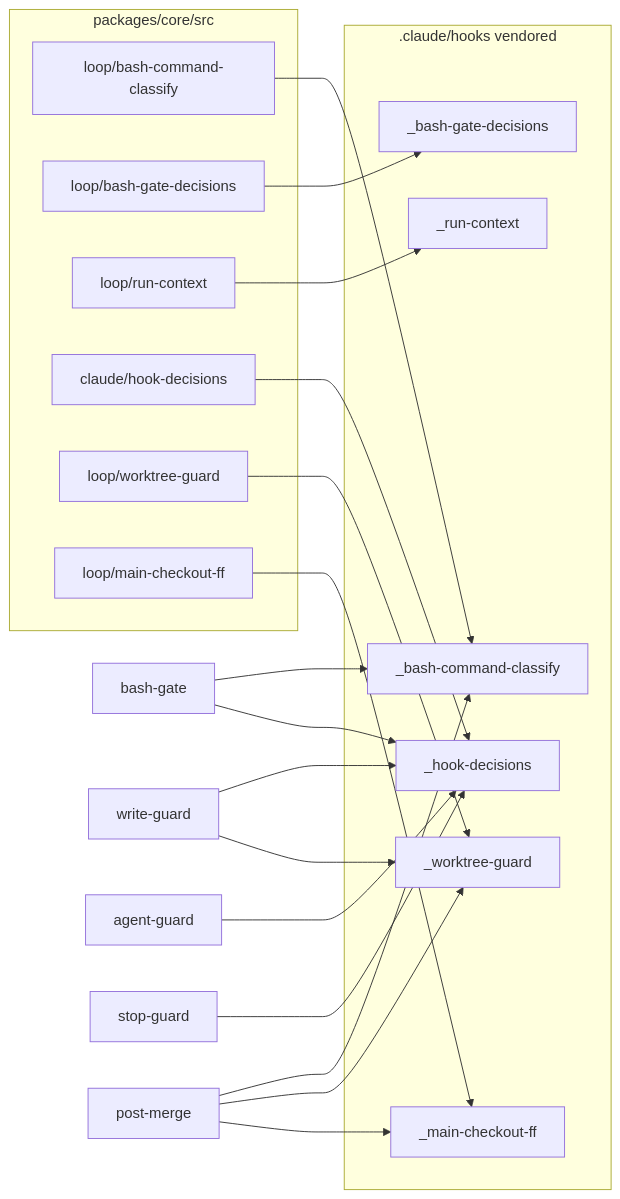
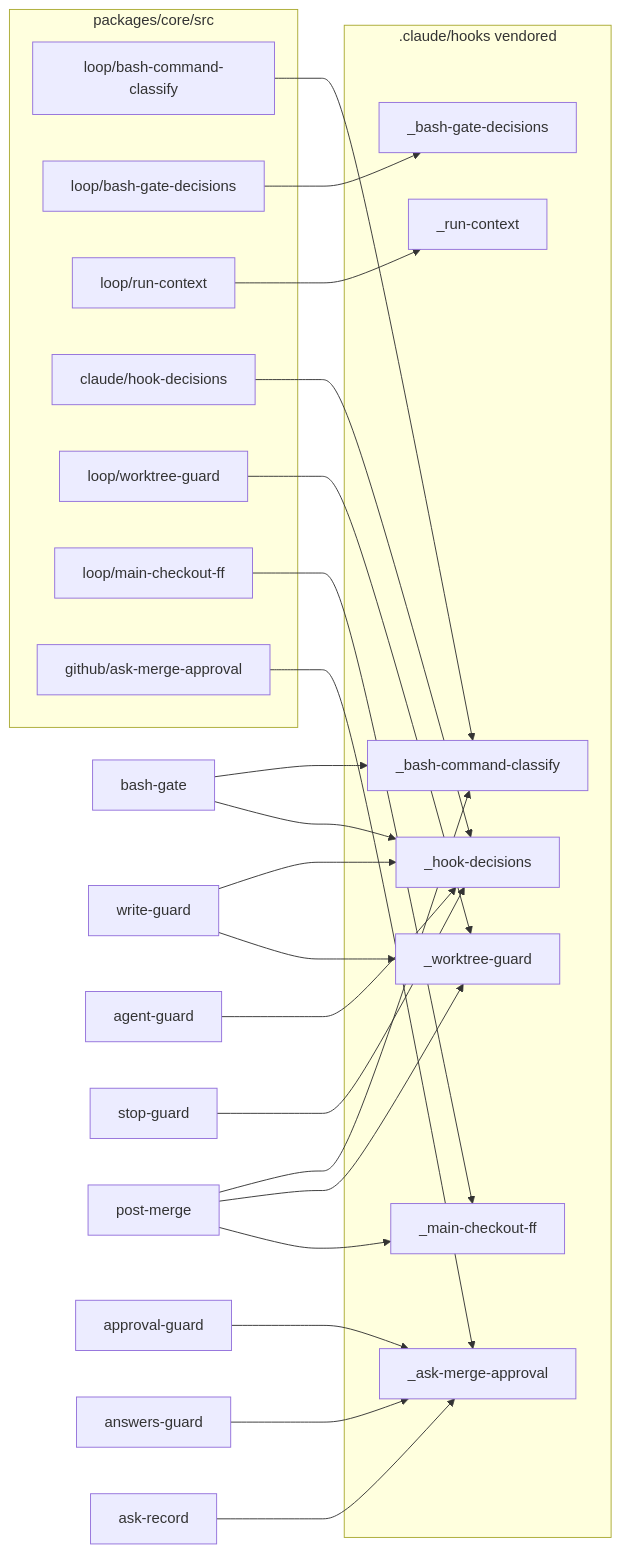
One commit to mfittko/dev-loops changed diagram 12 of 16 in docs/atlas/06-integrations.md. Above: the diagram before and after it, drawn with Mermaid. The commit also changed other lines of this file, not shown here.

````diff
--- a/docs/atlas/06-integrations.md
+++ b/docs/atlas/06-integrations.md
@@ -391,34 +401,40 @@
 ```mermaid
 flowchart LR
   subgraph src["packages/core/src"]
     S1["loop/bash-command-classify"]
     S2["loop/bash-gate-decisions"]
     S3["loop/run-context"]
     S4["claude/hook-decisions"]
     S5["loop/worktree-guard"]
     S6["loop/main-checkout-ff"]
+    S7["github/ask-merge-approval"]
   end
   subgraph vend[".claude/hooks vendored"]
     V1["_bash-command-classify"]
     V2["_bash-gate-decisions"]
     V3["_run-context"]
     V4["_hook-decisions"]
     V5["_worktree-guard"]
     V6["_main-checkout-ff"]
+    V7["_ask-merge-approval"]
   end
   S1 --> V1
   S2 --> V2
   S3 --> V3
   S4 --> V4
   S5 --> V5
   S6 --> V6
+  S7 --> V7
   BG["bash-gate"] --> V1
   BG --> V4
   WG["write-guard"] --> V4
   WG --> V5
   AG["agent-guard"] --> V4
   SS["stop-guard"] --> V4
   PM["post-merge"] --> V1
   PM --> V5
   PM --> V6
+  AP["approval-guard"] --> V7
+  AQ["answers-guard"] --> V7
+  AR["ask-record"] --> V7
 ```
````
